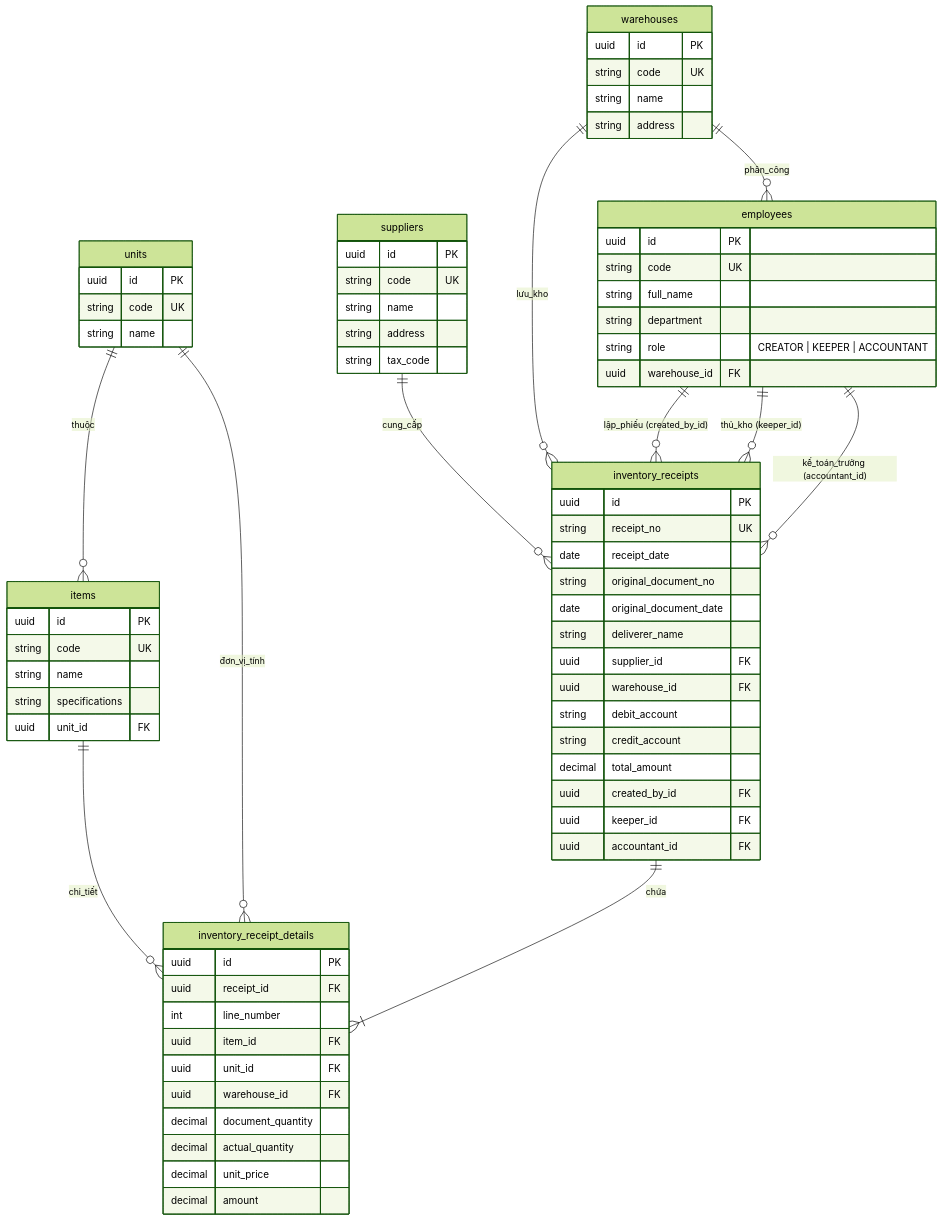
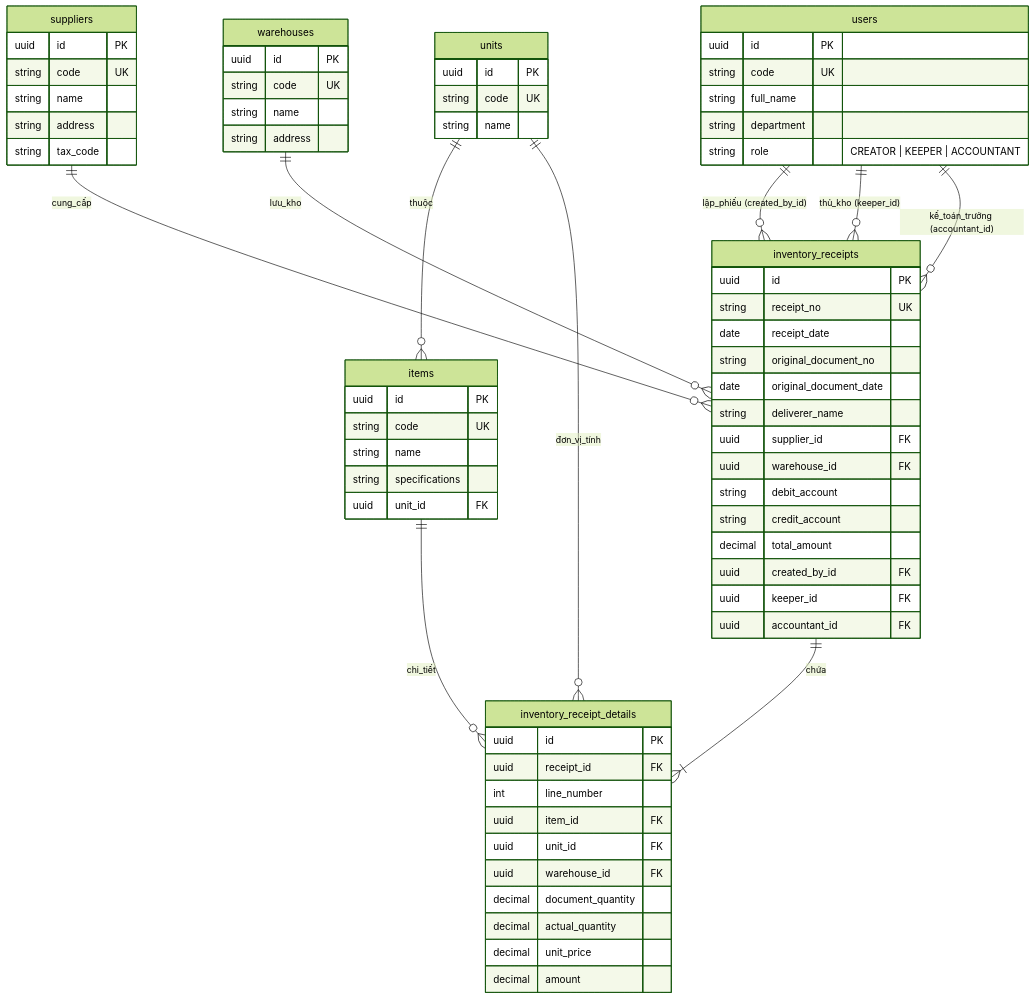
One commit to Duancoders03/warehouse_test changed the diagram in docs/cores/database_design.md. Above: the diagram before and after it, drawn with Mermaid (forest theme). The commit also changed other lines of this file and 17 other files, not shown here.

````diff
--- a/docs/cores/database_design.md
+++ b/docs/cores/database_design.md
@@ -24,82 +24,80 @@
 ```mermaid
 erDiagram
     units ||--o{ items : "thuộc"
     units ||--o{ inventory_receipt_details : "đơn_vị_tính"
     suppliers ||--o{ inventory_receipts : "cung_cấp"
     warehouses ||--o{ inventory_receipts : "lưu_kho"
-    warehouses ||--o{ employees : "phân_công"
-    employees ||--o{ inventory_receipts : "lập_phiếu (created_by_id)"
-    employees ||--o{ inventory_receipts : "thủ_kho (keeper_id)"
-    employees ||--o{ inventory_receipts : "kế_toán_trưởng (accountant_id)"
+    users ||--o{ inventory_receipts : "lập_phiếu (created_by_id)"
+    users ||--o{ inventory_receipts : "thủ_kho (keeper_id)"
+    users ||--o{ inventory_receipts : "kế_toán_trưởng (accountant_id)"
     
     inventory_receipts ||--|{ inventory_receipt_details : "chứa"
     items ||--o{ inventory_receipt_details : "chi_tiết"
 
     units {
         uuid id PK
         string code UK
         string name
     }
 
     suppliers {
         uuid id PK
         string code UK
         string name
         string address
         string tax_code
     }
 
     warehouses {
         uuid id PK
         string code UK
         string name
         string address
     }
 
-    employees {
+    users {
         uuid id PK
         string code UK
         string full_name
         string department
         string role "CREATOR | KEEPER | ACCOUNTANT"
-        uuid warehouse_id FK
     }
 
     items {
         uuid id PK
         string code UK
         string name
         string specifications
         uuid unit_id FK
     }
 
     inventory_receipts {
         uuid id PK
         string receipt_no UK
         date receipt_date
         string original_document_no
         date original_document_date
         string deliverer_name
         uuid supplier_id FK
         uuid warehouse_id FK
         string debit_account
         string credit_account
         decimal total_amount
         uuid created_by_id FK
         uuid keeper_id FK
         uuid accountant_id FK
     }
 
     inventory_receipt_details {
         uuid id PK
         uuid receipt_id FK
         int line_number
         uuid item_id FK
         uuid unit_id FK
         uuid warehouse_id FK
         decimal document_quantity
         decimal actual_quantity
         decimal unit_price
         decimal amount
     }
 ```
````
